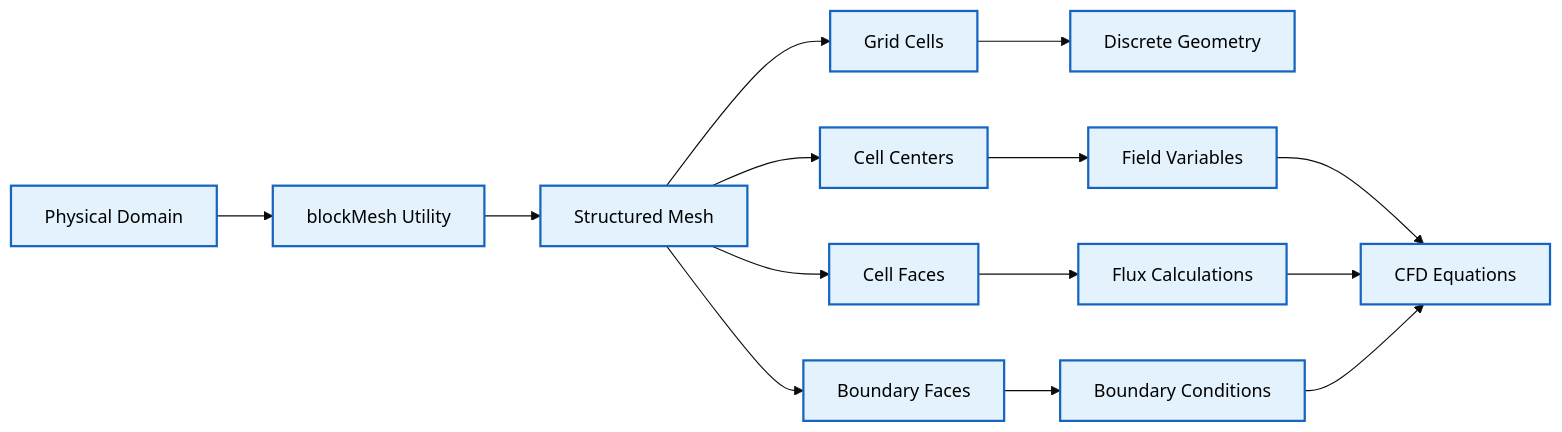
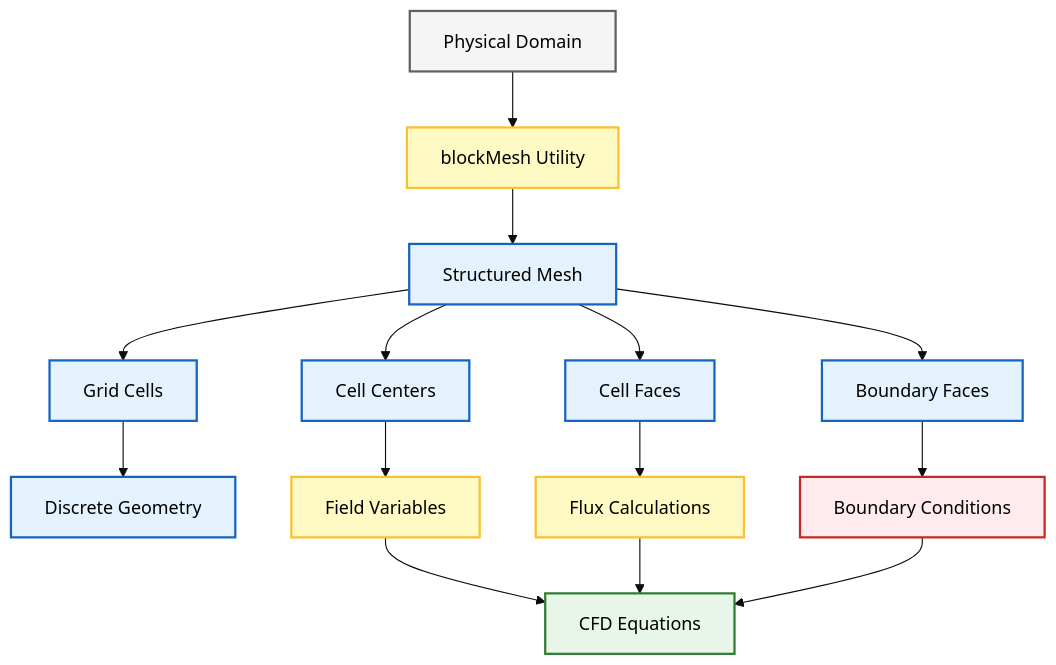
One commit to wramet/build-my-cfd changed the second of 4 diagrams in MODULE_01_CFD_FUNDAMENTALS/CONTENT/04_FIRST_SIMULATION/02_The_Workflow.md. Above: the diagram before and after it, drawn with Mermaid (base theme). The commit also changed other lines of this file and 313 other files, not shown here.

Commit message:
Revise all diagram

````diff
--- a/MODULE_01_CFD_FUNDAMENTALS/CONTENT/04_FIRST_SIMULATION/02_The_Workflow.md
+++ b/MODULE_01_CFD_FUNDAMENTALS/CONTENT/04_FIRST_SIMULATION/02_The_Workflow.md
@@ -44,24 +53,25 @@
 ```mermaid
-graph LR
-    A["Physical Domain"] --> B["blockMesh Utility"]
-    B --> C["Structured Mesh"]
-    C --> D["Grid Cells"]
-    D --> E["Discrete Geometry"]
-
-    C --> F["Cell Centers"]
-    C --> G["Cell Faces"]
-    C --> H["Boundary Faces"]
-
-    F --> I["Field Variables"]
-    G --> J["Flux Calculations"]
-    H --> K["Boundary Conditions"]
-
-    I --> L["CFD Equations"]
+flowchart TD
+    A["Physical Domain"]:::context --> B["blockMesh Utility"]:::explicit
+    B --> C["Structured Mesh"]:::implicit
+    C --> D["Grid Cells"]:::implicit
+    D --> E["Discrete Geometry"]:::implicit
+    
+    C --> F["Cell Centers"]:::implicit
+    C --> G["Cell Faces"]:::implicit
+    C --> H["Boundary Faces"]:::implicit
+    
+    F --> I["Field Variables"]:::explicit
+    G --> J["Flux Calculations"]:::explicit
+    H --> K["Boundary Conditions"]:::volatile
+    
+    I --> L["CFD Equations"]:::success
     J --> L
     K --> L
 
-    classDef process fill:#e3f2fd,stroke:#1565c0,stroke-width:2px,color:#000;
-    classDef storage fill:#e8f5e9,stroke:#2e7d32,stroke-width:2px,color:#000;
-
-    class A,B,C,D,E,F,G,H,I,J,K,L process;
+    classDef context fill:#f5f5f5,stroke:#616161,stroke-width:2px,color:#000;
+    classDef implicit fill:#e3f2fd,stroke:#1565c0,stroke-width:2px,color:#000;
+    classDef explicit fill:#fff9c4,stroke:#fbc02d,stroke-width:2px,color:#000;
+    classDef volatile fill:#ffebee,stroke:#c62828,stroke-width:2px,color:#000;
+    classDef success fill:#e8f5e9,stroke:#2e7d32,stroke-width:2px,color:#000;
 ```
````
